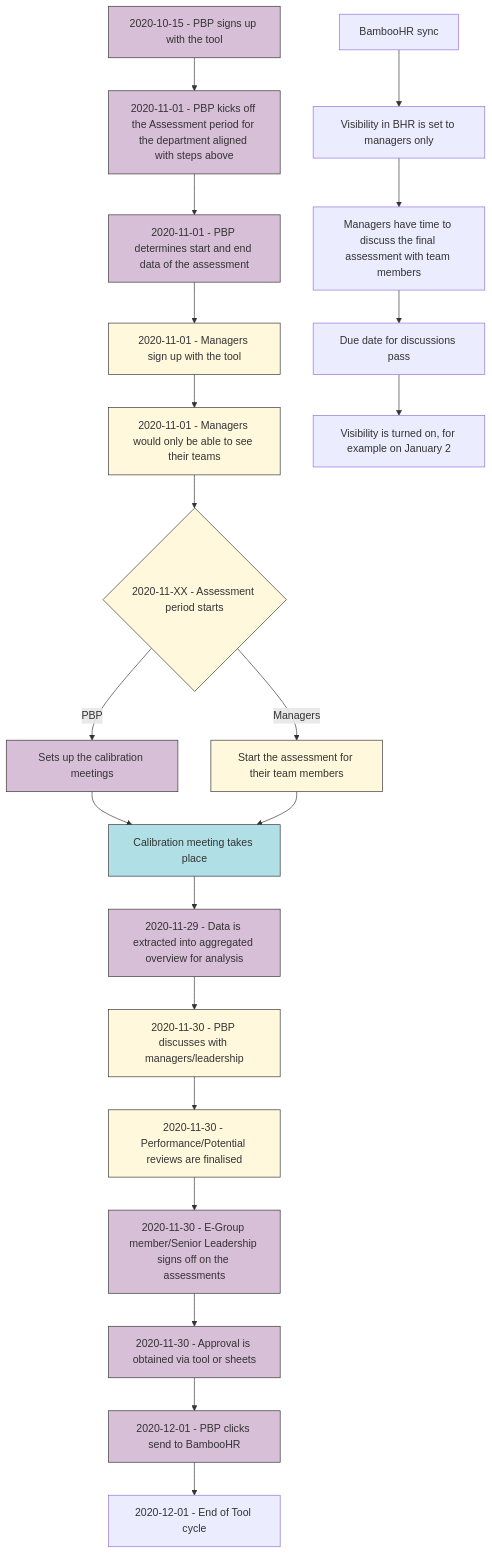
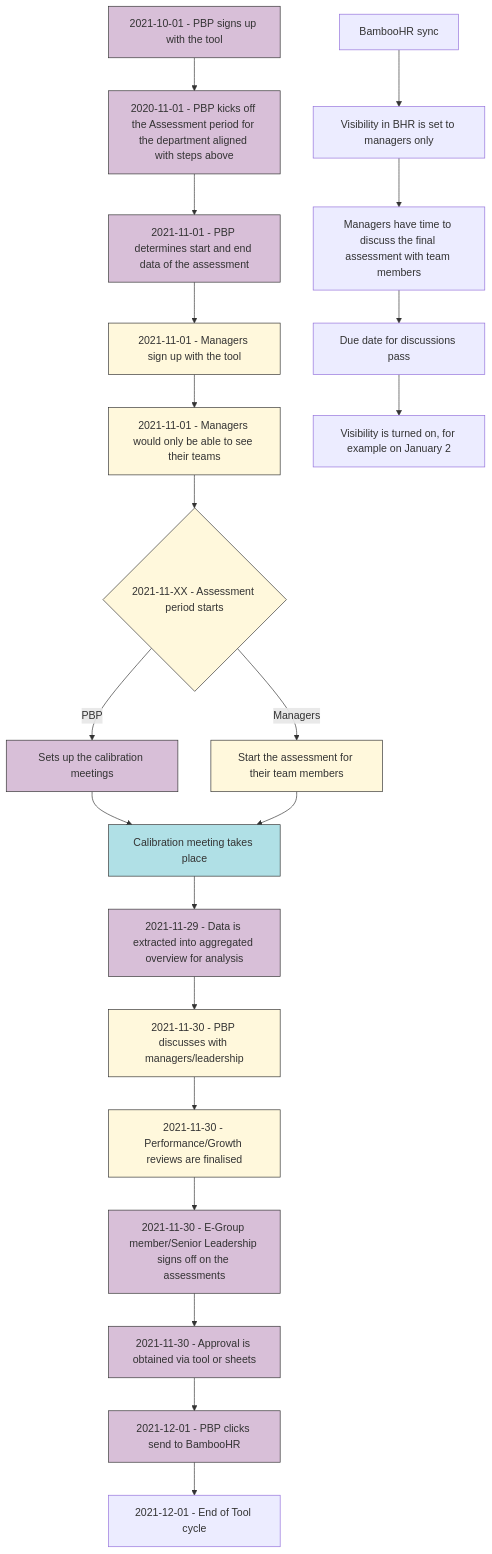
The diagram in people-group/engineering/assessment-tool/index.html.md (secretstartups/handbook), drawn with Mermaid before and after one commit. The commit also changed other lines of this file, not shown here.

````diff
--- a/people-group/engineering/assessment-tool/index.html.md
+++ b/people-group/engineering/assessment-tool/index.html.md
@@ -130,32 +130,32 @@
 ```mermaid
 graph TD
-    A[2020-10-15 - PBP signs up with the tool]:::PBP -->B[2020-11-01 - PBP kicks off the Assessment period for the department aligned with steps above]
-    B:::PBP --> C[2020-11-01 - PBP determines start and end data of the assessment]
-    C:::PBP --> D[2020-11-01 - Managers sign up with the tool]
-    D:::CLIENT --> E[2020-11-01 - Managers would only be able to see their teams]
-    E:::CLIENT --> F{2020-11-XX - Assessment period starts}
+    A[2021-10-01 - PBP signs up with the tool]:::PBP -->B[2020-11-01 - PBP kicks off the Assessment period for the department aligned with steps above]
+    B:::PBP --> C[2021-11-01 - PBP determines start and end data of the assessment]
+    C:::PBP --> D[2021-11-01 - Managers sign up with the tool]
+    D:::CLIENT --> E[2021-11-01 - Managers would only be able to see their teams]
+    E:::CLIENT --> F{2021-11-XX - Assessment period starts}
     F:::POPS -->|PBP| G[Sets up the calibration meetings]
     F:::CLIENT -->|Managers| H[Start the assessment for their team members]
     G:::PBP --> I[Calibration meeting takes place]
     H:::CLIENT --> I[Calibration meeting takes place]
-    I:::TR --> J[2020-11-29 - Data is extracted into aggregated overview for analysis] 
-    J:::PBP --> K[2020-11-30 - PBP discusses with managers/leadership]
-    K:::CLIENT --> L[2020-11-30 - Performance/Potential reviews are finalised]
-    L:::CLIENT --> M[2020-11-30 - E-Group member/Senior Leadership signs off on the assessments]
-    M:::PBP --> N[2020-11-30 - Approval is obtained via tool or sheets]
-    N:::PBP --> O[2020-12-01 - PBP clicks send to BambooHR]
-    O:::PBP --> P[2020-12-01 - End of Tool cycle]
+    I:::TR --> J[2021-11-29 - Data is extracted into aggregated overview for analysis] 
+    J:::PBP --> K[2021-11-30 - PBP discusses with managers/leadership]
+    K:::CLIENT --> L[2021-11-30 - Performance/Growth reviews are finalised]
+    L:::CLIENT --> M[2021-11-30 - E-Group member/Senior Leadership signs off on the assessments]
+    M:::PBP --> N[2021-11-30 - Approval is obtained via tool or sheets]
+    N:::PBP --> O[2021-12-01 - PBP clicks send to BambooHR]
+    O:::PBP --> P[2021-12-01 - End of Tool cycle]
 
 
 classDef PBP fill:#D8BFD8, stroke: #333
 classDef CLIENT fill:#FFF8DC, stroke: #333
 classDef TR fill:#B0E0E6, stroke: #333
 classDef POPS fill:#90EE90, stroke: #333
 classDef EGROUP fill:#FFE4E1, stroke: #333
 
 
     Q[BambooHR sync] --> R[Visibility in BHR is set to managers only]
     R --> S[Managers have time to discuss the final assessment with team members]
     S --> T[Due date for discussions pass]
     T --> U[Visibility is turned on, for example on January 2]
 ```
````
